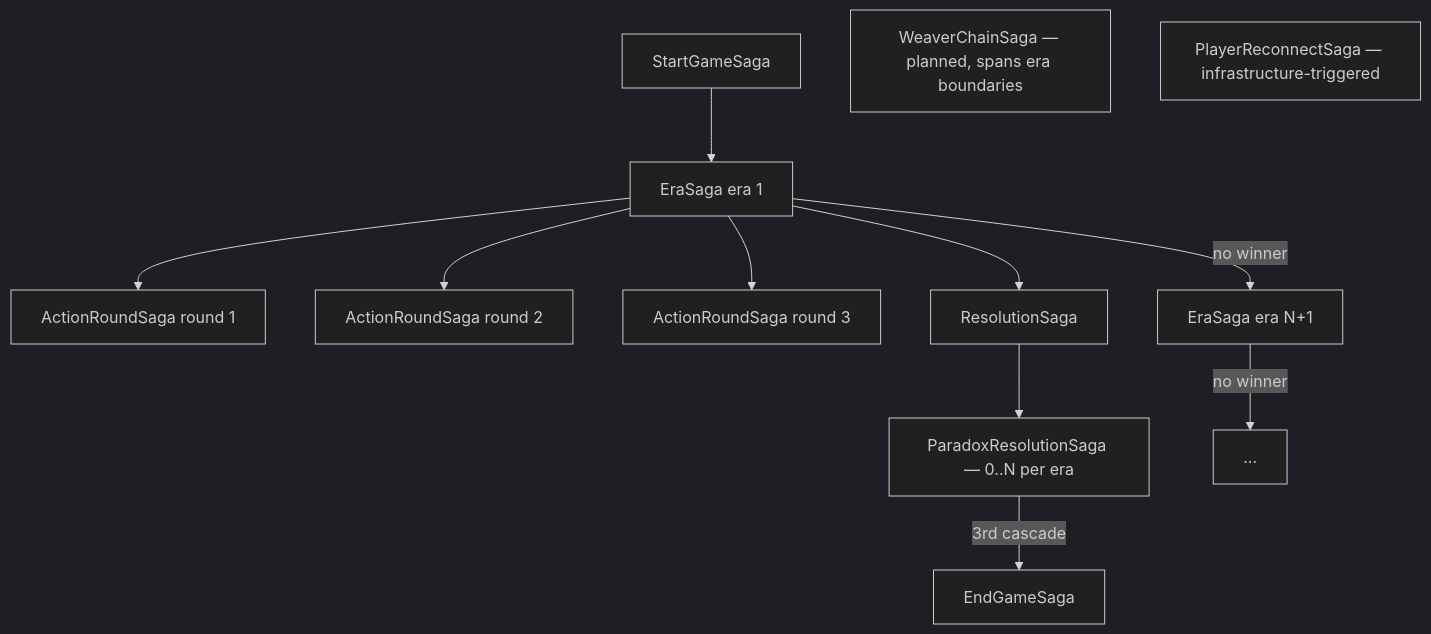
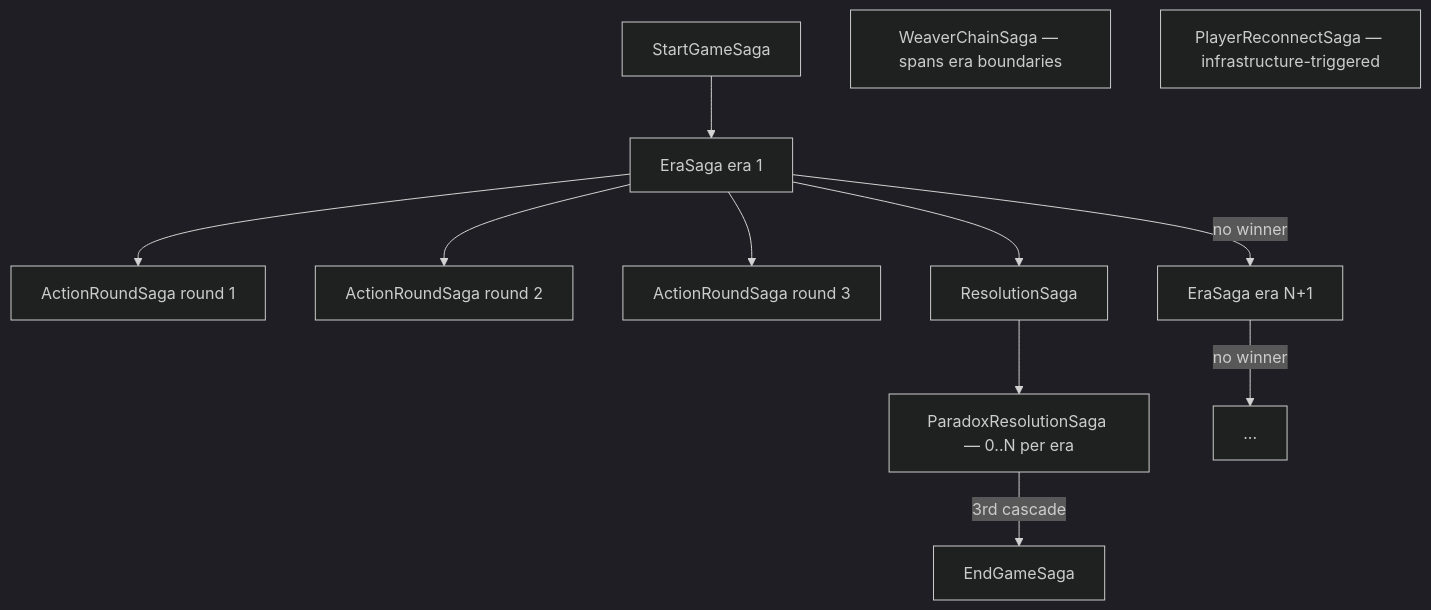
The diagram in sagas/overview.mdx (temporal-rift/docs), drawn with Mermaid (dark theme) before and after one commit. The commit also changed other lines of this file and 10 other files, not shown here.

````diff
--- a/sagas/overview.mdx
+++ b/sagas/overview.mdx
@@ -37,15 +37,15 @@
 ```mermaid
 graph TD
   GS[StartGameSaga] --> E1[EraSaga era 1]
   E1 --> AR1[ActionRoundSaga round 1]
   E1 --> AR2[ActionRoundSaga round 2]
   E1 --> AR3[ActionRoundSaga round 3]
   E1 --> RS[ResolutionSaga]
   RS --> PR[ParadoxResolutionSaga — 0..N per era]
   PR -->|3rd cascade| GE[EndGameSaga]
   E1 -->|no winner| E2[EraSaga era N+1]
   E2 -->|no winner| EN[...]
 
-  WCS[WeaverChainSaga — planned, spans era boundaries]
+  WCS[WeaverChainSaga — spans era boundaries]
   PRS[PlayerReconnectSaga — infrastructure-triggered]
 ```
````
